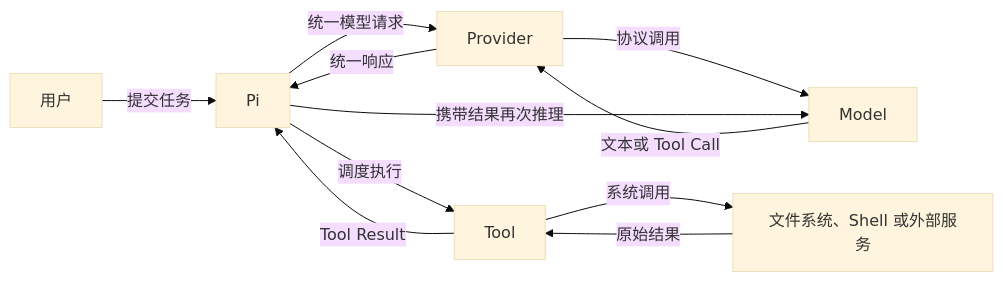
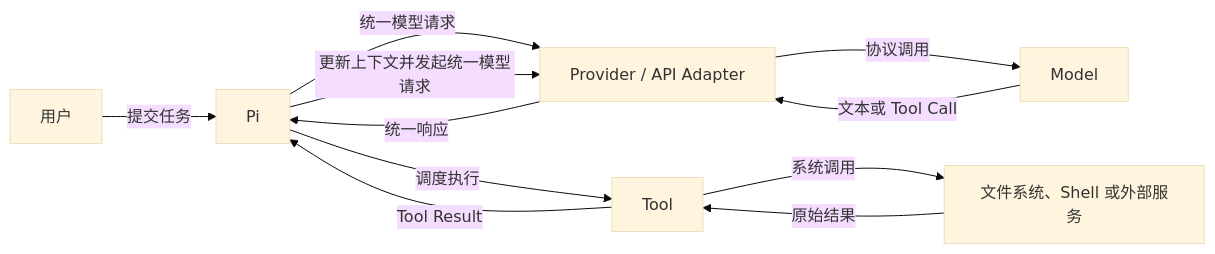
One commit to small-xiexu/pi-study changed the fifth of 12 diagrams in docs/learning/01-architecture-and-context.md. Above: the diagram before and after it, drawn with Mermaid (base theme). The commit also changed other lines of this file and 10 other files, not shown here.

````diff
--- a/docs/learning/01-architecture-and-context.md
+++ b/docs/learning/01-architecture-and-context.md
@@ -203,13 +203,13 @@
 ```mermaid
 flowchart LR
     U["用户"] -->|"提交任务"| P["Pi"]
-    P -->|"统一模型请求"| V["Provider"]
+    P -->|"统一模型请求"| V["Provider / API Adapter"]
     V -->|"协议调用"| M["Model"]
     M -->|"文本或 Tool Call"| V
     V -->|"统一响应"| P
     P -->|"调度执行"| T["Tool"]
     T -->|"系统调用"| O["文件系统、Shell 或外部服务"]
     O -->|"原始结果"| T
     T -->|"Tool Result"| P
-    P -->|"携带结果再次推理"| M
+    P -->|"更新上下文并发起统一模型请求"| V
 ```
````
